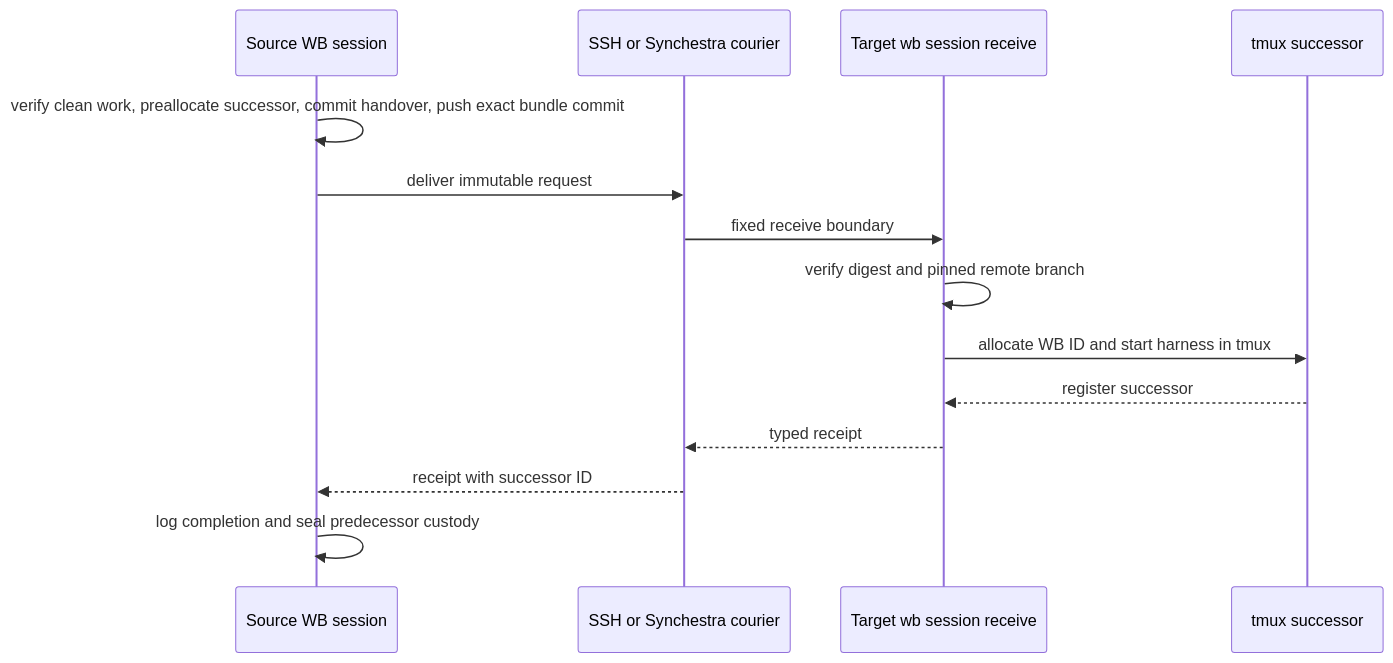
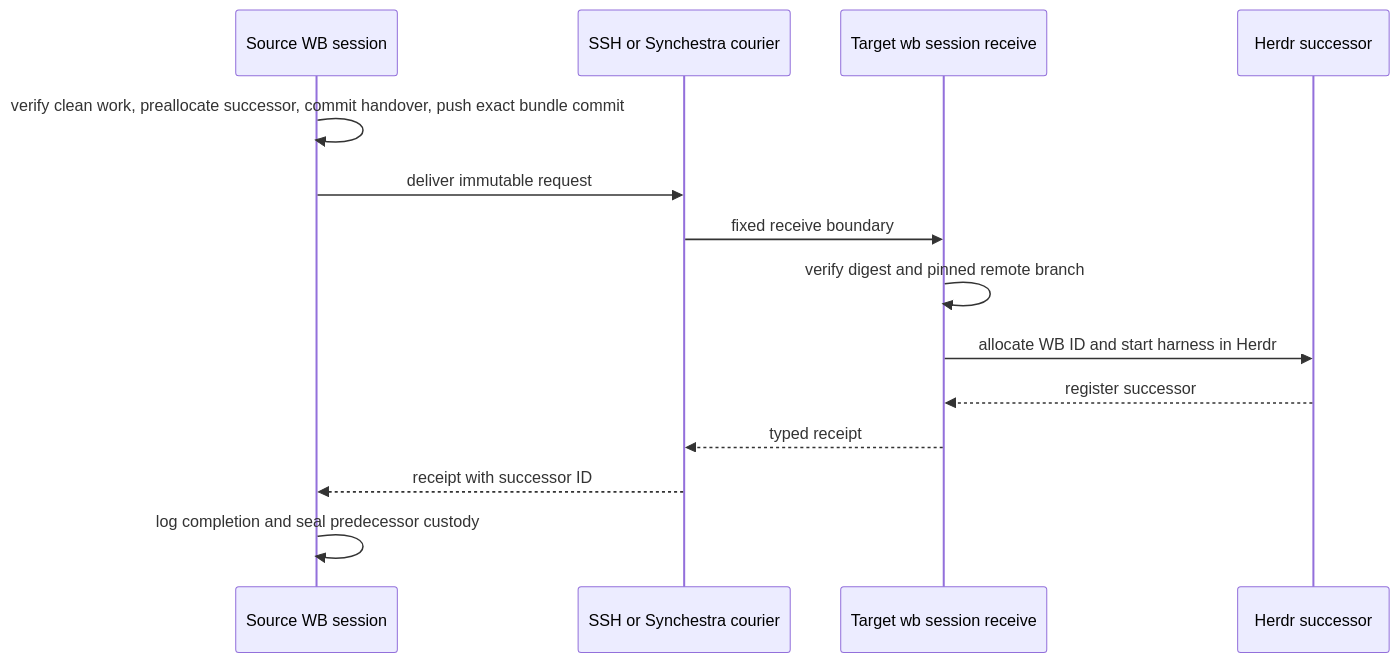
Before and after one commit to sneat-dev/wb: the diagram in spec/features/agent-session-move/README.md, drawn with Mermaid. The commit also changed other lines of this file and 176 other files, not shown here.

Commit message:
feat: resume parked work in the current chat and replace tmux with Herdr

````diff
--- a/spec/features/agent-session-move/README.md
+++ b/spec/features/agent-session-move/README.md
@@ -207,16 +217,16 @@
 ```mermaid
 sequenceDiagram
     participant S as Source WB session
     participant C as SSH or Synchestra courier
     participant R as Target wb session receive
-    participant T as tmux successor
+    participant T as Herdr successor
     S->>S: verify clean work, preallocate successor, commit handover, push exact bundle commit
     S->>C: deliver immutable request
     C->>R: fixed receive boundary
     R->>R: verify digest and pinned remote branch
-    R->>T: allocate WB ID and start harness in tmux
+    R->>T: allocate WB ID and start harness in Herdr
     T-->>R: register successor
     R-->>C: typed receipt
     C-->>S: receipt with successor ID
     S->>S: log completion and seal predecessor custody
 ```
````
